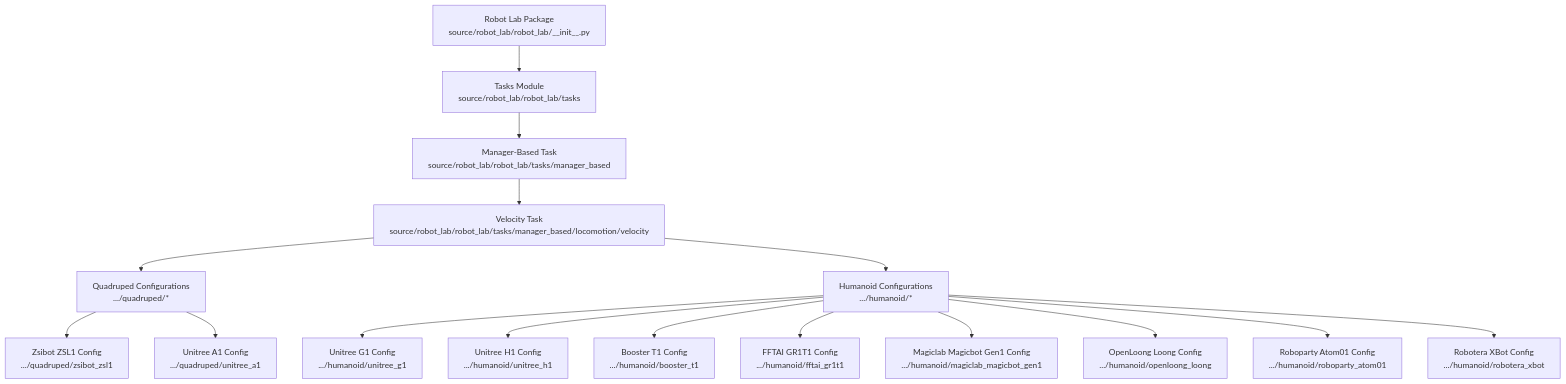
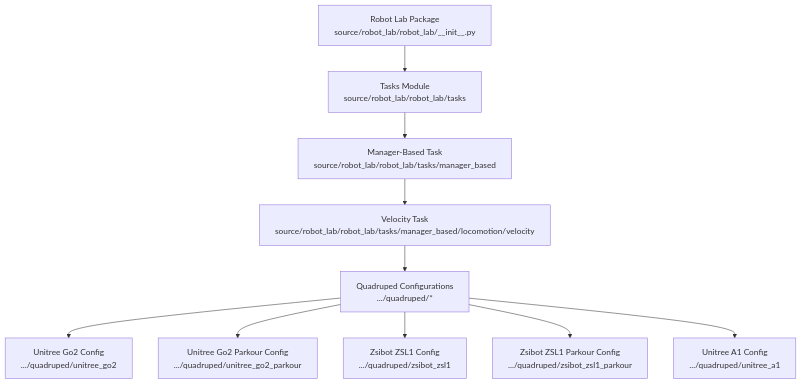
Before and after one commit to jayjayhust/robot_lab: the first of 4 diagrams in .qoder/repowiki/en/content/Environment System/Environment Registration Framework.md, drawn with Mermaid. The commit also changed other lines of this file and 9 other files, not shown here.

Commit message:
rectify curriculum training config for go2 and zsl1

````diff
--- a/.qoder/repowiki/en/content/Environment System/Environment Registration Framework.md
+++ b/.qoder/repowiki/en/content/Environment System/Environment Registration Framework.md
@@ -53,34 +41,22 @@
 ```mermaid
 graph TB
 RL["Robot Lab Package<br/>source/robot_lab/robot_lab/__init__.py"]
 Tasks["Tasks Module<br/>source/robot_lab/robot_lab/tasks"]
 MB["Manager-Based Task<br/>source/robot_lab/robot_lab/tasks/manager_based"]
 Vel["Velocity Task<br/>source/robot_lab/robot_lab/tasks/manager_based/locomotion/velocity"]
 Quad["Quadruped Configurations<br/>.../quadruped/*"]
+Go2["Unitree Go2 Config<br/>.../quadruped/unitree_go2"]
+Go2Parkour["Unitree Go2 Parkour Config<br/>.../quadruped/unitree_go2_parkour"]
 ZSL1["Zsibot ZSL1 Config<br/>.../quadruped/zsibot_zsl1"]
+ZSL1Parkour["Zsibot ZSL1 Parkour Config<br/>.../quadruped/zsibot_zsl1_parkour"]
 A1["Unitree A1 Config<br/>.../quadruped/unitree_a1"]
-Humanoid["Humanoid Configurations<br/>.../humanoid/*"]
-G1["Unitree G1 Config<br/>.../humanoid/unitree_g1"]
-H1["Unitree H1 Config<br/>.../humanoid/unitree_h1"]
-BT1["Booster T1 Config<br/>.../humanoid/booster_t1"]
-FGR1T1["FFTAI GR1T1 Config<br/>.../humanoid/fftai_gr1t1"]
-MMG1["Magiclab Magicbot Gen1 Config<br/>.../humanoid/magiclab_magicbot_gen1"]
-OLG["OpenLoong Loong Config<br/>.../humanoid/openloong_loong"]
-RPA["Roboparty Atom01 Config<br/>.../humanoid/roboparty_atom01"]
-REX["Robotera XBot Config<br/>.../humanoid/robotera_xbot"]
 RL --> Tasks
 Tasks --> MB
 MB --> Vel
 Vel --> Quad
-Vel --> Humanoid
+Quad --> Go2
+Quad --> Go2Parkour
 Quad --> ZSL1
+Quad --> ZSL1Parkour
 Quad --> A1
-Humanoid --> G1
-Humanoid --> H1
-Humanoid --> BT1
-Humanoid --> FGR1T1
-Humanoid --> MMG1
-Humanoid --> OLG
-Humanoid --> RPA
-Humanoid --> REX
 ```
````
